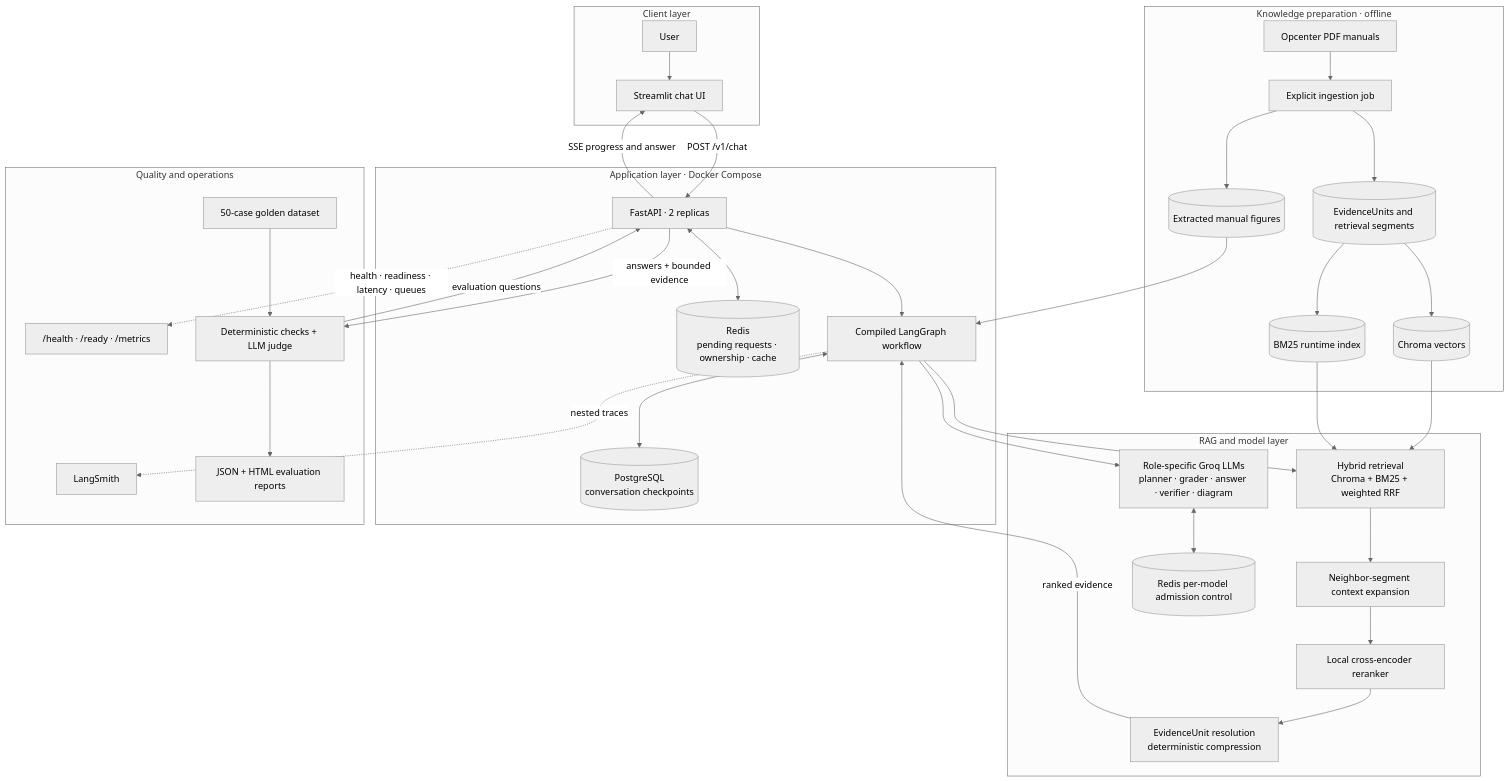
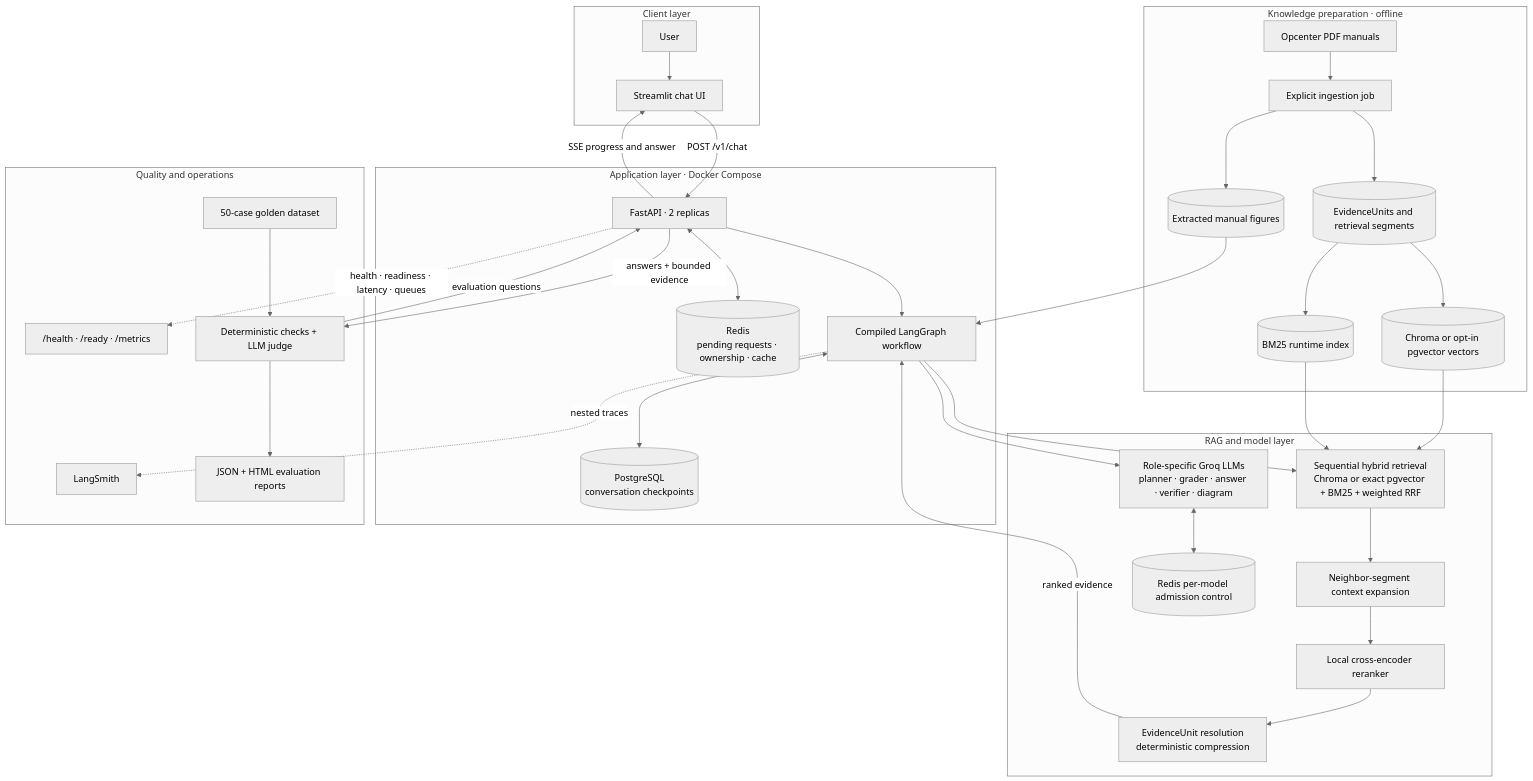
Before and after one commit to nagateja2004/op-center-bot: the first of 5 diagrams in README.md, drawn with Mermaid (neutral theme). The commit also changed other lines of this file and 34 other files, not shown here.

Commit message:
feat: add pgvector storage and measured hybrid retrieval optimizations

````diff
--- a/README.md
+++ b/README.md
@@ -18,44 +211,44 @@
 ```mermaid
 flowchart TB
     subgraph Client["Client layer"]
         User["User"] --> UI["Streamlit chat UI"]
     end
 
     subgraph Application["Application layer · Docker Compose"]
         UI -->|"POST /v1/chat"| API["FastAPI · 2 replicas"]
         API -->|"SSE progress and answer"| UI
         API <--> Requests[("Redis<br/>pending requests · ownership · cache")]
         API --> Graph["Compiled LangGraph workflow"]
         Graph <--> Memory[("PostgreSQL<br/>conversation checkpoints")]
     end
 
     subgraph RAG["RAG and model layer"]
-        Graph --> Retrieval["Hybrid retrieval<br/>Chroma + BM25 + weighted RRF"]
+        Graph --> Retrieval["Sequential hybrid retrieval<br/>Chroma or exact pgvector + BM25 + weighted RRF"]
         Retrieval --> Expansion["Neighbor-segment context expansion"]
         Expansion --> Reranker["Local cross-encoder reranker"]
         Reranker --> Context["EvidenceUnit resolution<br/>deterministic compression"]
         Context -->|"ranked evidence"| Graph
         Graph --> Groq["Role-specific Groq LLMs<br/>planner · grader · answer · verifier · diagram"]
         Groq <--> Limits[("Redis per-model admission control")]
     end
 
     subgraph Knowledge["Knowledge preparation · offline"]
         PDFs["Opcenter PDF manuals"] --> Ingest["Explicit ingestion job"]
         Ingest --> Units[("EvidenceUnits and retrieval segments")]
-        Units --> Vectors[("Chroma vectors")]
+        Units --> Vectors[("Chroma or opt-in pgvector vectors")]
         Units --> Lexical[("BM25 runtime index")]
         Ingest --> Figures[("Extracted manual figures")]
         Vectors --> Retrieval
         Lexical --> Retrieval
         Figures --> Graph
     end
 
     subgraph Operations["Quality and operations"]
         Graph -. "nested traces" .-> LangSmith["LangSmith"]
         API -. "health · readiness · latency · queues" .-> Endpoints["/health · /ready · /metrics"]
         Golden["50-case golden dataset"] --> Evaluator["Deterministic checks + LLM judge"]
         Evaluator -->|"evaluation questions"| API
         API -->|"answers + bounded evidence"| Evaluator
         Evaluator --> Reports["JSON + HTML evaluation reports"]
     end
 ```
````
